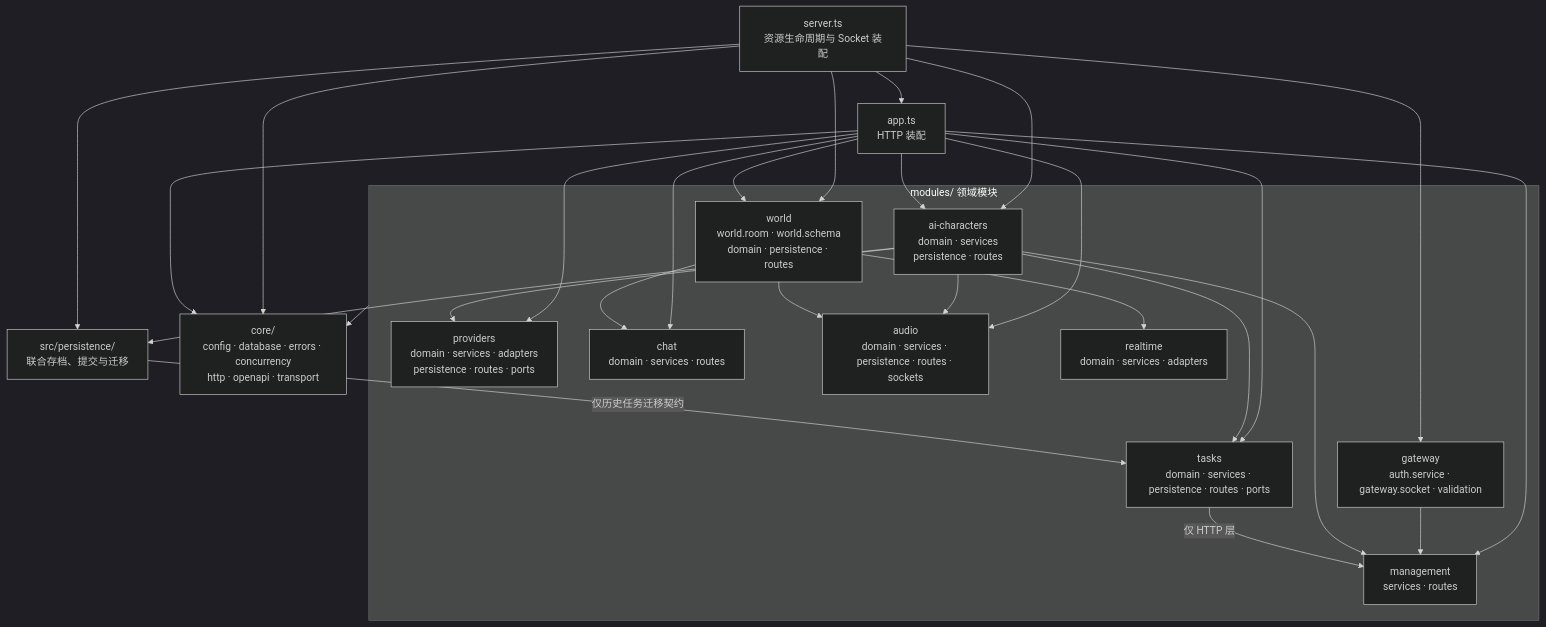
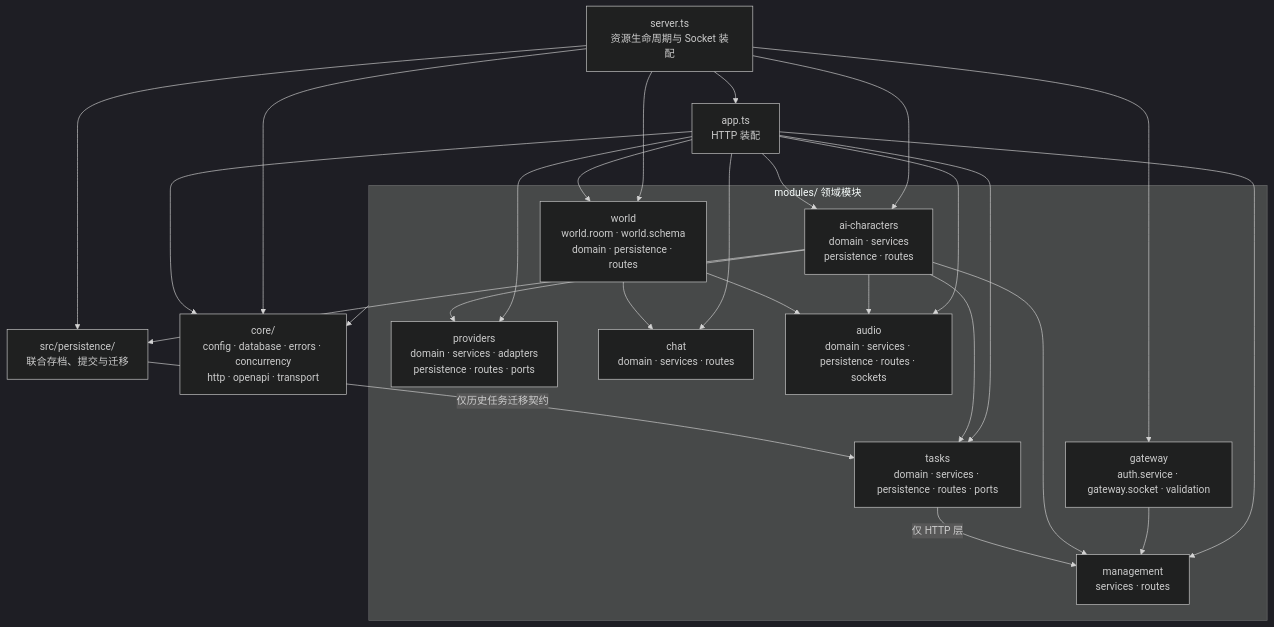
The fifth of 14 diagrams in docs/guide/architecture-diagrams.md (lulabs-org/embocraft), drawn with Mermaid (dark theme) before and after one commit. The commit also changed other lines of this file and 24 other files, not shown here.

````diff
--- a/docs/guide/architecture-diagrams.md
+++ b/docs/guide/architecture-diagrams.md
@@ -124,44 +123,42 @@
 ```mermaid
 graph TB
     App["app.ts<br/>HTTP 装配"]
     Server["server.ts<br/>资源生命周期与 Socket 装配"]
     Core["core/<br/>config · database · errors · concurrency<br/>http · openapi · transport"]
     Persist["src/persistence/<br/>联合存档、提交与迁移"]
     subgraph Modules["modules/ 领域模块"]
         World["world<br/>world.room · world.schema<br/>domain · persistence · routes"]
         AIC["ai-characters<br/>domain · services<br/>persistence · routes"]
         Tasks["tasks<br/>domain · services · persistence · routes · ports"]
         Mgmt["management<br/>services · routes"]
         GW["gateway<br/>auth.service · gateway.socket · validation"]
         Prov["providers<br/>domain · services · adapters<br/>persistence · routes · ports"]
         Chat["chat<br/>domain · services · routes"]
         Audio["audio<br/>domain · services · persistence · routes · sockets"]
-        RT["realtime<br/>domain · services · adapters"]
     end
     Server --> App
     Server --> Core
     Server --> Persist
     Server --> GW
     Server --> AIC
     Server --> World
     App --> Core
     App --> Mgmt
     App --> AIC
     App --> Tasks
     App --> Prov
     App --> Chat
     App --> Audio
     App --> World
     GW --> Mgmt
     AIC --> Mgmt
     AIC --> Tasks
     AIC --> Prov
     AIC --> Audio
     AIC --> Persist
     Tasks -->|仅 HTTP 层| Mgmt
     World --> Chat
     World --> Audio
-    World --> RT
     Modules --> Core
     Persist -->|仅历史任务迁移契约| Tasks
 ```
````
